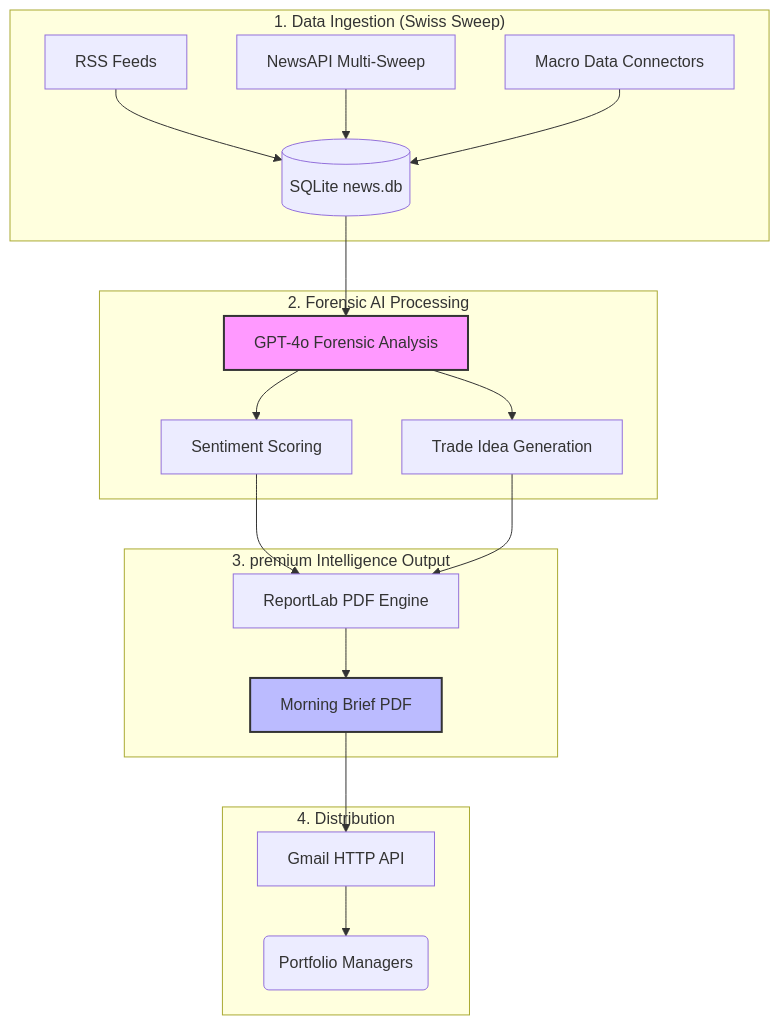
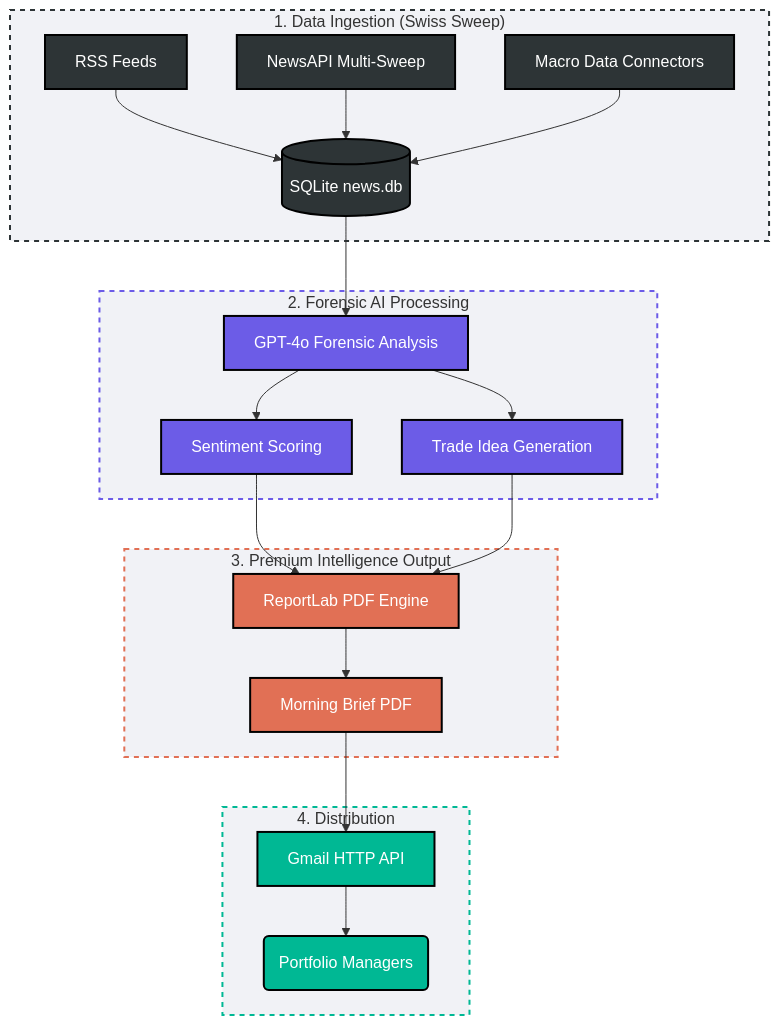
The diagram in README.md (sidmalireddi10/apeiro-investments), drawn with Mermaid before and after one commit. The commit also changed other lines of this file, not shown here.

Commit message:
README update

````diff
--- a/README.md
+++ b/README.md
@@ -9,28 +9,36 @@
 ```mermaid
 graph TD
-    subgraph "1. Data Ingestion (Swiss Sweep)"
-        RSS[RSS Feeds] --> DB[(SQLite news.db)]
-        NAPI[NewsAPI Multi-Sweep] --> DB
-        MDC[Macro Data Connectors] --> DB
+    classDef ingestion fill:#2d3436,stroke:#000,stroke-width:2px,color:#fff
+    classDef processing fill:#6c5ce7,stroke:#000,stroke-width:2px,color:#fff
+    classDef output fill:#e17055,stroke:#000,stroke-width:2px,color:#fff
+    classDef distribution fill:#00b894,stroke:#000,stroke-width:2px,color:#fff
+
+    subgraph INGESTION ["1. Data Ingestion (Swiss Sweep)"]
+        RSS[RSS Feeds]:::ingestion --> DB[(SQLite news.db)]:::ingestion
+        NAPI[NewsAPI Multi-Sweep]:::ingestion --> DB
+        MDC[Macro Data Connectors]:::ingestion --> DB
     end
 
-    subgraph "2. Forensic AI Processing"
-        DB --> AI[GPT-4o Forensic Analysis]
-        AI --> SENT[Sentiment Scoring]
-        AI --> TRAD[Trade Idea Generation]
+    subgraph PROCESSING ["2. Forensic AI Processing"]
+        DB --> AI[GPT-4o Forensic Analysis]:::processing
+        AI --> SENT[Sentiment Scoring]:::processing
+        AI --> TRAD[Trade Idea Generation]:::processing
     end
 
-    subgraph "3. premium Intelligence Output"
-        SENT --> PDF[ReportLab PDF Engine]
+    subgraph OUTPUT ["3. Premium Intelligence Output"]
+        SENT --> PDF[ReportLab PDF Engine]:::output
         TRAD --> PDF
-        PDF --> REPORT[Morning Brief PDF]
+        PDF --> REPORT[Morning Brief PDF]:::output
     end
 
-    subgraph "4. Distribution"
-        REPORT --> GMAIL[Gmail HTTP API]
-        GMAIL --> EMAIL(Portfolio Managers)
+    subgraph DISTRIBUTION ["4. Distribution"]
+        REPORT --> GMAIL[Gmail HTTP API]:::distribution
+        GMAIL --> EMAIL(Portfolio Managers):::distribution
     end
 
-    style AI fill:#f9f,stroke:#333,stroke-width:2px
-    style REPORT fill:#bbf,stroke:#333,stroke-width:2px
+    %% Global adjustments
+    style INGESTION fill:#f1f2f6,stroke:#2d3436,stroke-width:2px,stroke-dasharray: 5 5
+    style PROCESSING fill:#f1f2f6,stroke:#6c5ce7,stroke-width:2px,stroke-dasharray: 5 5
+    style OUTPUT fill:#f1f2f6,stroke:#e17055,stroke-width:2px,stroke-dasharray: 5 5
+    style DISTRIBUTION fill:#f1f2f6,stroke:#00b894,stroke-width:2px,stroke-dasharray: 5 5
 ```
````
